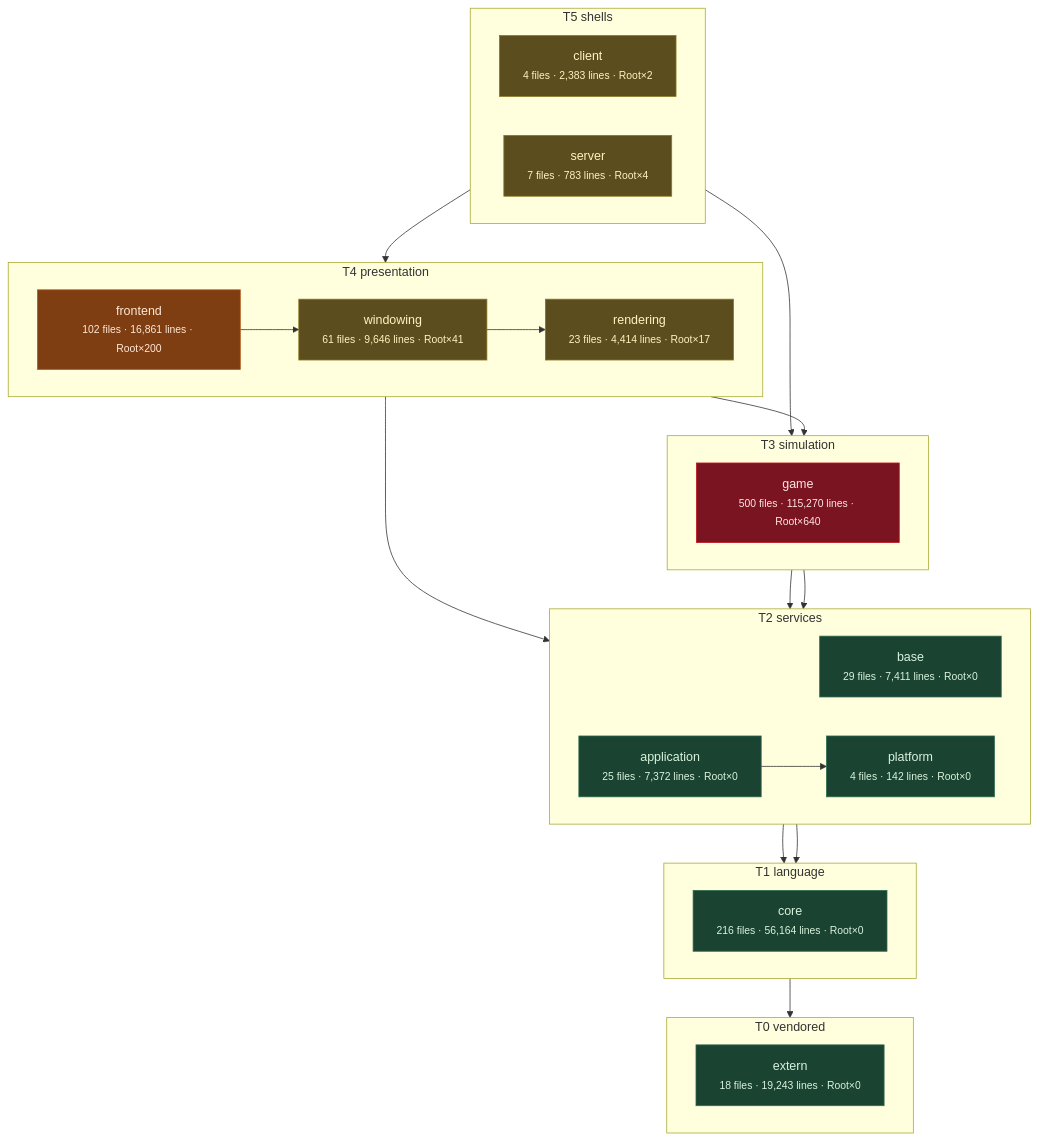
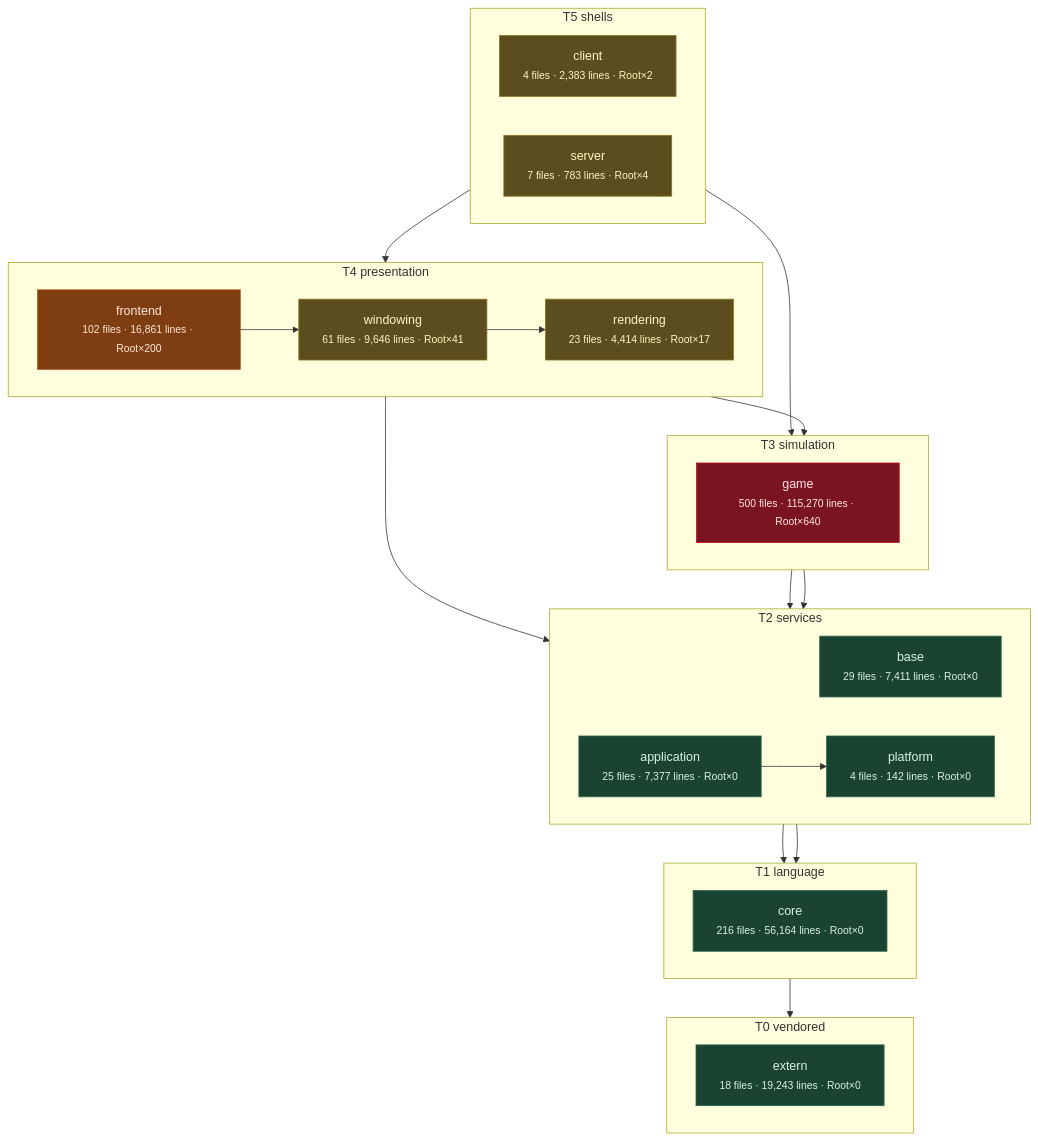
One commit to apnex/OpenStarbound changed the third of 11 diagrams in docs/architecture/system-boundaries.md. Above: the diagram before and after it, drawn with Mermaid. The commit also changed other lines of this file and 3 other files, not shown here.

````diff
--- a/docs/architecture/system-boundaries.md
+++ b/docs/architecture/system-boundaries.md
@@ -270,52 +270,52 @@
 ```mermaid
 flowchart TD
   subgraph T0["T0 vendored"]
     direction LR
     extern["extern<br/><small>18 files · 19,243 lines · Root×0</small>"]
   end
   subgraph T1["T1 language"]
     direction LR
     core["core<br/><small>216 files · 56,164 lines · Root×0</small>"]
   end
   subgraph T2["T2 services"]
     direction LR
     base["base<br/><small>29 files · 7,411 lines · Root×0</small>"]
     platform["platform<br/><small>4 files · 142 lines · Root×0</small>"]
-    application["application<br/><small>25 files · 7,372 lines · Root×0</small>"]
+    application["application<br/><small>25 files · 7,377 lines · Root×0</small>"]
   end
   subgraph T3["T3 simulation"]
     direction LR
     game["game<br/><small>500 files · 115,270 lines · Root×640</small>"]
   end
   subgraph T4["T4 presentation"]
     direction LR
     rendering["rendering<br/><small>23 files · 4,414 lines · Root×17</small>"]
     windowing["windowing<br/><small>61 files · 9,646 lines · Root×41</small>"]
     frontend["frontend<br/><small>102 files · 16,861 lines · Root×200</small>"]
   end
   subgraph T5["T5 shells"]
     direction LR
     client["client<br/><small>4 files · 2,383 lines · Root×2</small>"]
     server["server<br/><small>7 files · 783 lines · Root×4</small>"]
   end
   core --> extern
   base --> core
   platform --> core
   application --> platform
   game --> base
   game --> platform
   rendering --> application
   rendering --> game
   windowing --> rendering
   frontend --> windowing
   client --> frontend
   server --> game
   classDef clean fill:#1b4332,stroke:#2d6a4f,color:#d8f3dc
   classDef warm  fill:#5c4d1e,stroke:#8a7420,color:#fff3bf
   classDef hot   fill:#7f3e12,stroke:#b5561b,color:#ffe8d6
   classDef blaze fill:#7a1420,stroke:#c1121f,color:#ffe5e5
   class extern,core,base,platform,application clean
   class rendering,windowing,client,server warm
   class frontend hot
   class game blaze
 ```
````
